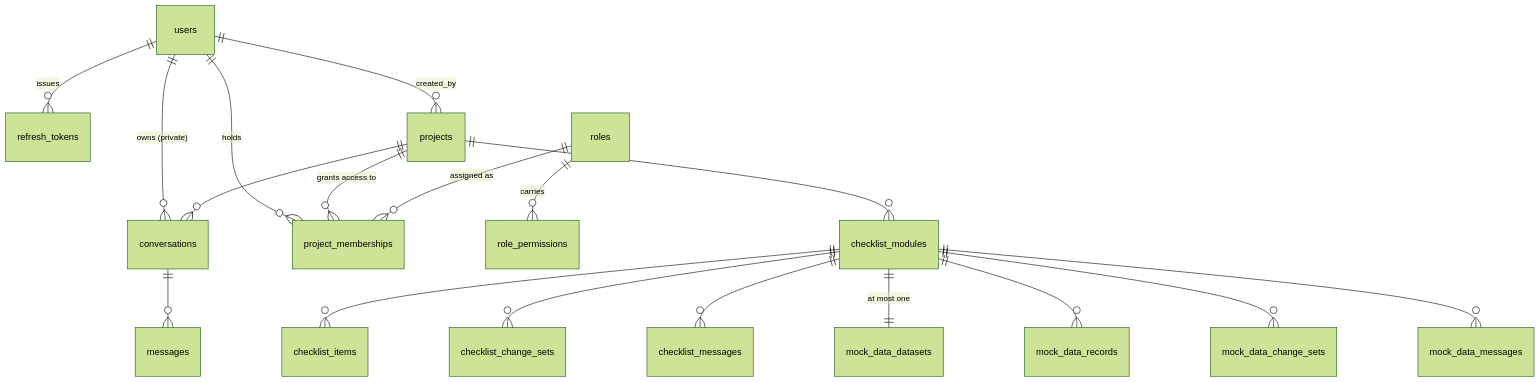
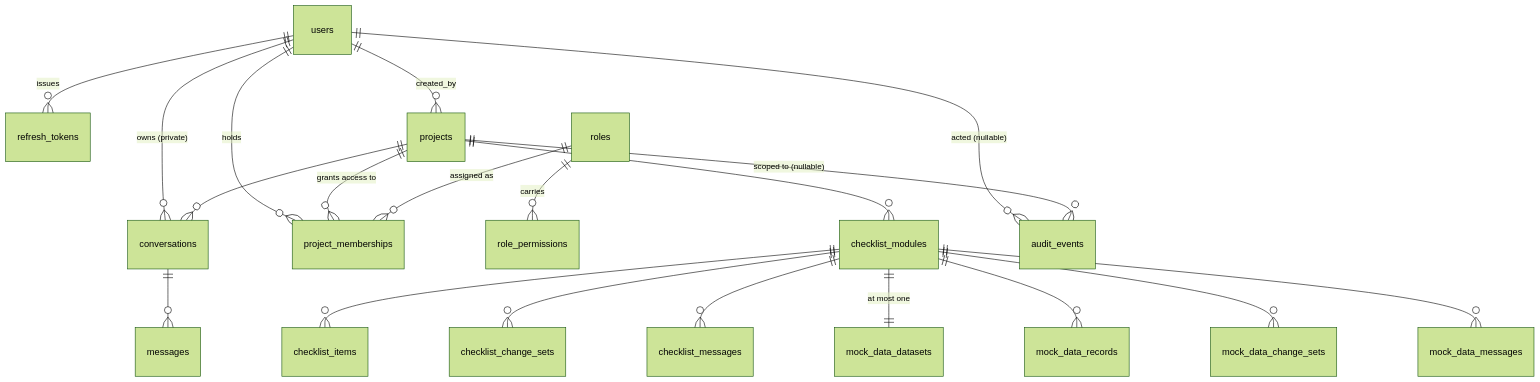
Before and after one commit to aolus-software/ask-repo: the first of 2 diagrams in docs/data.md, drawn with Mermaid (forest theme). The commit also changed other lines of this file and 8 other files, not shown here.

````diff
--- a/docs/data.md
+++ b/docs/data.md
@@ -34,20 +42,22 @@
 ```mermaid
 erDiagram
     users ||--o{ refresh_tokens : "issues"
     users ||--o{ projects : "created_by"
     users ||--o{ conversations : "owns (private)"
     users ||--o{ project_memberships : "holds"
     projects ||--o{ project_memberships : "grants access to"
     roles ||--o{ project_memberships : "assigned as"
     roles ||--o{ role_permissions : "carries"
     projects ||--o{ conversations : ""
     projects ||--o{ checklist_modules : ""
     conversations ||--o{ messages : ""
     checklist_modules ||--o{ checklist_items : ""
     checklist_modules ||--o{ checklist_change_sets : ""
     checklist_modules ||--o{ checklist_messages : ""
     checklist_modules ||--|| mock_data_datasets : "at most one"
     checklist_modules ||--o{ mock_data_records : ""
     checklist_modules ||--o{ mock_data_change_sets : ""
     checklist_modules ||--o{ mock_data_messages : ""
+    users ||--o{ audit_events : "acted (nullable)"
+    projects ||--o{ audit_events : "scoped to (nullable)"
 ```
````
